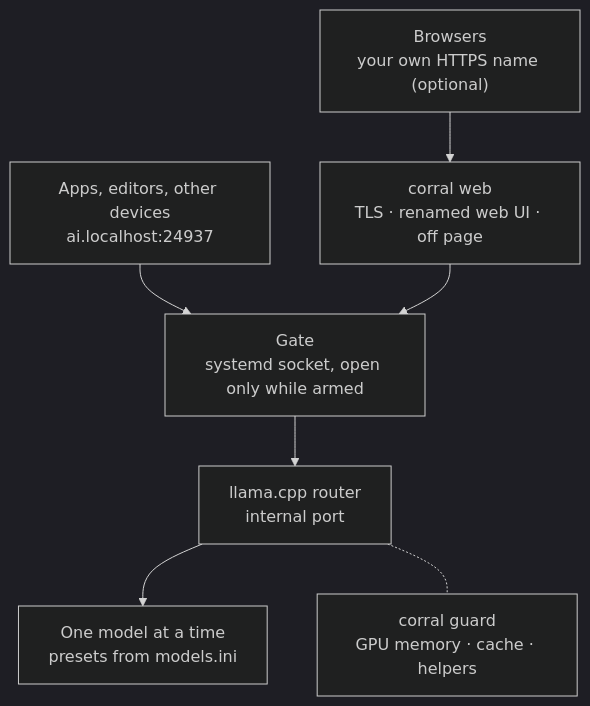
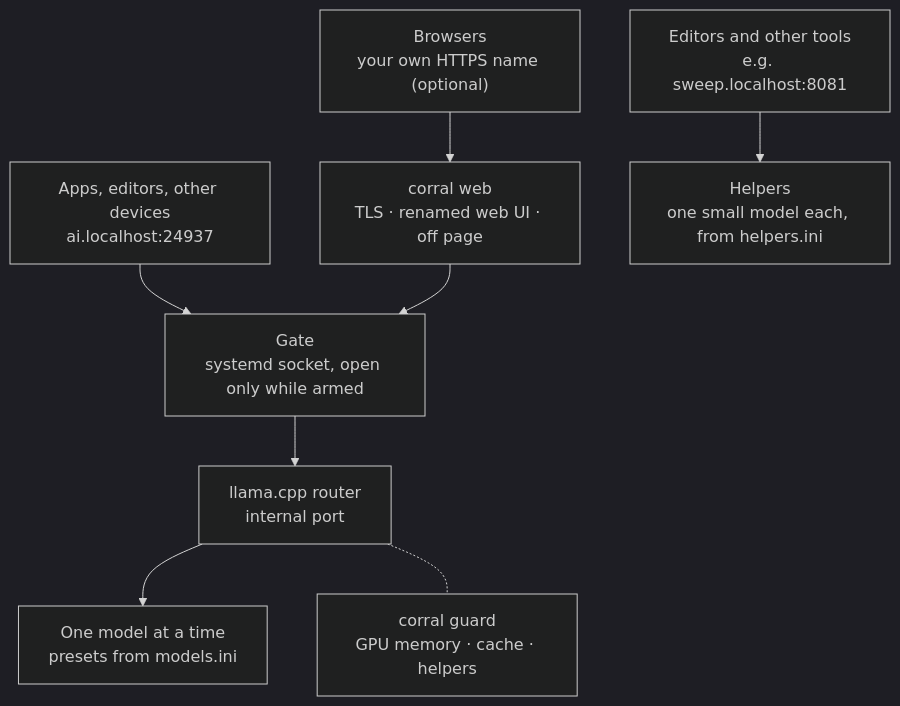
One commit to sannidhyaroy/corral changed the diagram in README.md. Above: the diagram before and after it, drawn with Mermaid (dark theme). The commit also changed other lines of this file, not shown here.

First line of the commit message:
docs(readme): document install, helpers, settings and the status page

````diff
--- a/README.md
+++ b/README.md
@@ -73,9 +82,10 @@
 ```mermaid
 flowchart TD
     browser["Browsers<br/>your own HTTPS name (optional)"] --> web["corral web<br/>TLS · renamed web UI · off page"]
     apps["Apps, editors, other devices<br/>ai.localhost:24937"] --> gate["Gate<br/>systemd socket, open only while armed"]
     web --> gate
     gate --> router["llama.cpp router<br/>internal port"]
     router --> model["One model at a time<br/>presets from models.ini"]
     router -.- guard["corral guard<br/>GPU memory · cache · helpers"]
+    editors["Editors and other tools<br/>e.g. sweep.localhost:8081"] --> helper["Helpers<br/>one small model each, from helpers.ini"]
 ```
````
